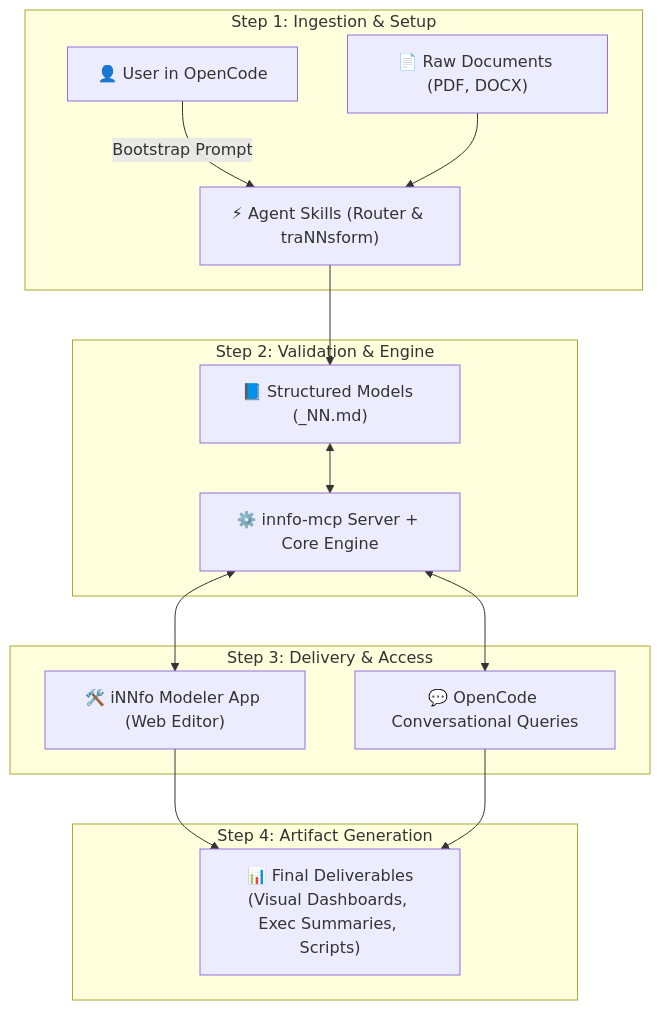
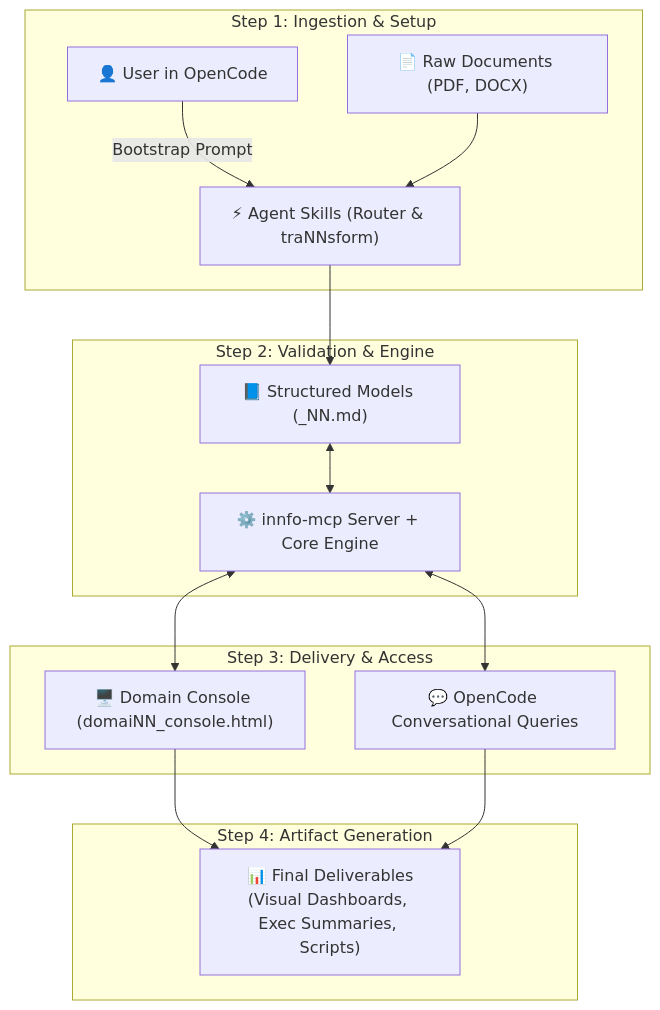
The diagram in docs/skills/index.md (cogNNitive/cogNNitive), drawn with Mermaid before and after one commit. The commit also changed other lines of this file and 39 other files, not shown here.

Commit message:
docs: retire the editor and hosted app from the documentation, point calls to action at the docs

````diff
--- a/docs/skills/index.md
+++ b/docs/skills/index.md
@@ -28,21 +28,21 @@
 ```mermaid
 flowchart TD
     subgraph Step1["Step 1: Ingestion & Setup"]
         U["👤 User in OpenCode"] -->|Bootstrap Prompt| Router["⚡ Agent Skills (Router & traNNsform)"]
         RawDocs["📄 Raw Documents (PDF, DOCX)"] --> Router
     end
 
     subgraph Step2["Step 2: Validation & Engine"]
         Router --> Models["📘 Structured Models (_NN.md)"]
         Models <--> MCP["⚙️ innfo-mcp Server + Core Engine"]
     end
 
     subgraph Step3["Step 3: Delivery & Access"]
-        MCP <--> Modeler["🛠️ iNNfo Modeler App (Web Editor)"]
+        MCP <--> Console["🖥️ Domain Console (domaiNN_console.html)"]
         MCP <--> AgentChat["💬 OpenCode Conversational Queries"]
     end
 
     subgraph Step4["Step 4: Artifact Generation"]
-        Modeler & AgentChat --> Artifacts["📊 Final Deliverables\n(Visual Dashboards, Exec Summaries, Scripts)"]
+        Console & AgentChat --> Artifacts["📊 Final Deliverables\n(Visual Dashboards, Exec Summaries, Scripts)"]
     end
 ```
````
